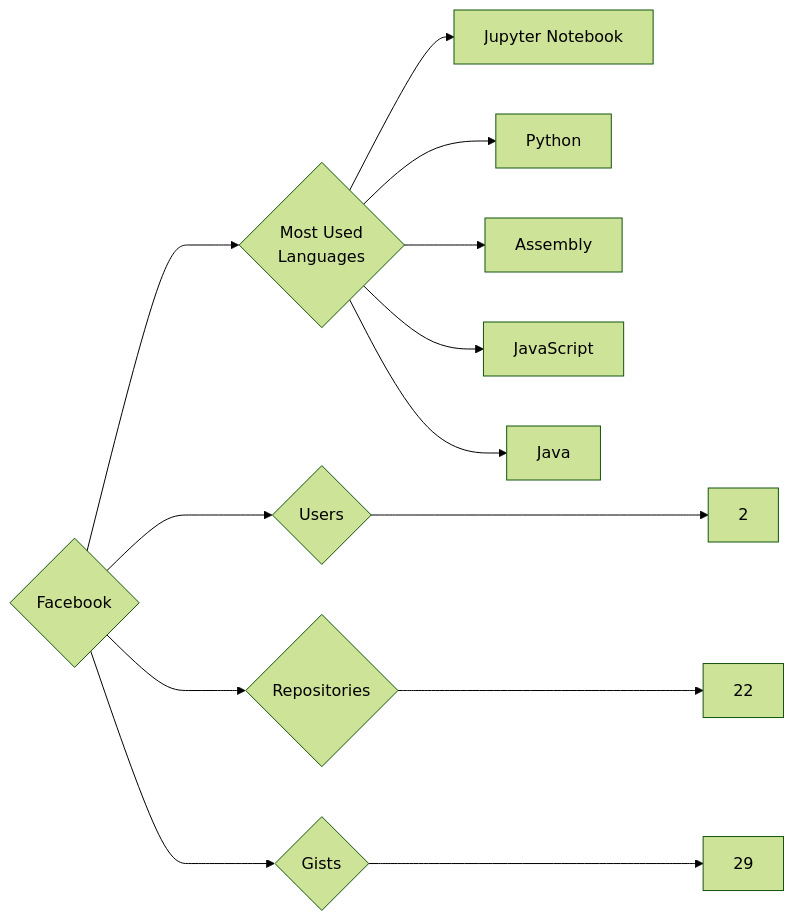
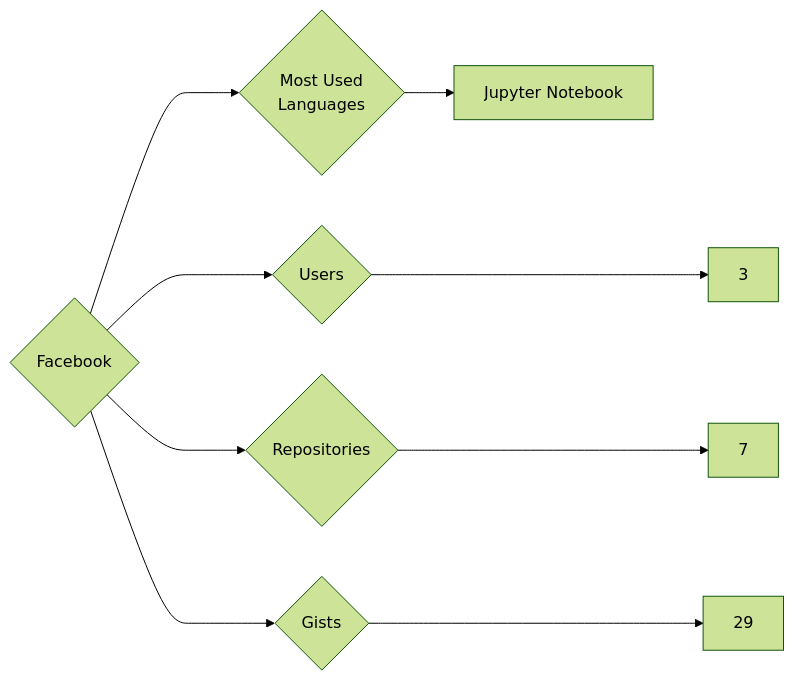
Before and after one commit to trickest/insiders: the diagram in targets/Facebook/README.md, drawn with Mermaid (forest theme). The commit also changed 1023 other files, not shown here.

````diff
--- a/targets/Facebook/README.md
+++ b/targets/Facebook/README.md
@@ -3,13 +3,9 @@
 ```mermaid
 graph LR
 COMPANY_NAME{Facebook}
-COMPANY_NAME ---> U{Users} ---> UN[2]
-COMPANY_NAME ---> R{Repositories} ---> RN[22]
+COMPANY_NAME ---> U{Users} ---> UN[3]
+COMPANY_NAME ---> R{Repositories} ---> RN[7]
 COMPANY_NAME ---> G{Gists} ---> GN[29]
 COMPANY_NAME ---> ML{Most Used<br>Languages}
 ML --> Jupyter_Notebook[Jupyter Notebook]
-ML --> Python[Python]
-ML --> Assembly[Assembly]
-ML --> JavaScript[JavaScript]
-ML --> Java[Java]
 ```
````
